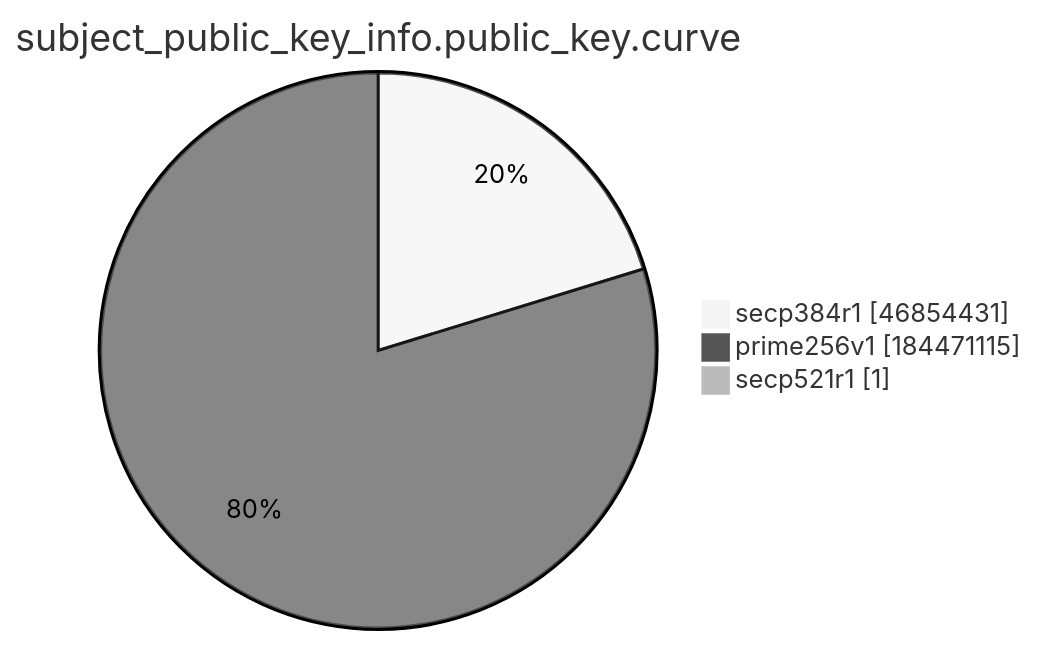
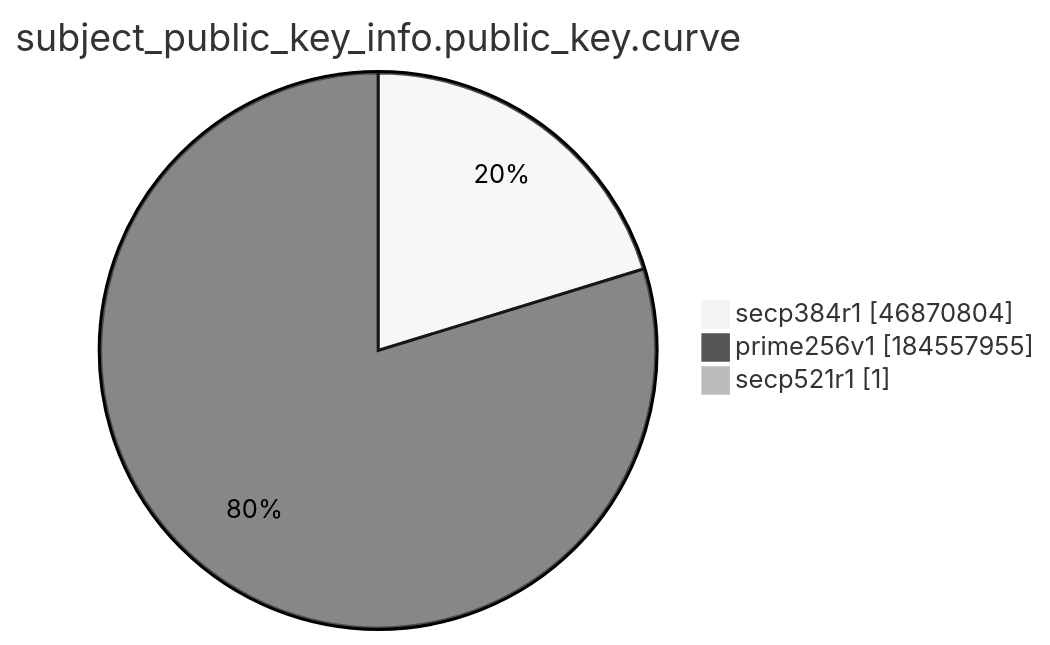
One commit to christiankrug/ctmonitor_visualization changed the ninth of 15 diagrams in xenon2022/README.md. Above: the diagram before and after it, drawn with Mermaid (neutral theme). The commit also changed other lines of this file, not shown here.

````diff
--- a/xenon2022/README.md
+++ b/xenon2022/README.md
@@ -2874,7 +2874,7 @@
 ```mermaid
 pie showData
 title subject_public_key_info.public_key.curve
-"secp384r1" :46854431
-"prime256v1" :184471115
+"secp384r1" :46870804
+"prime256v1" :184557955
 "secp521r1" :1
 ```
````
